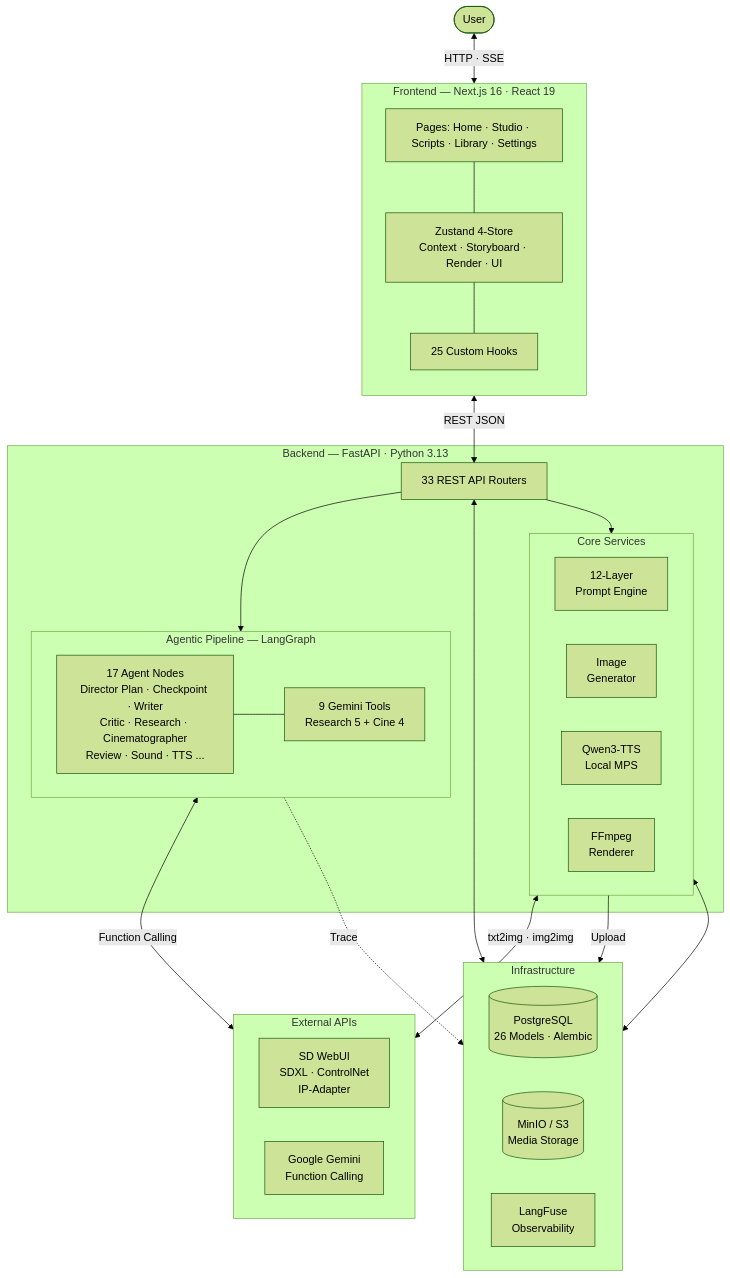
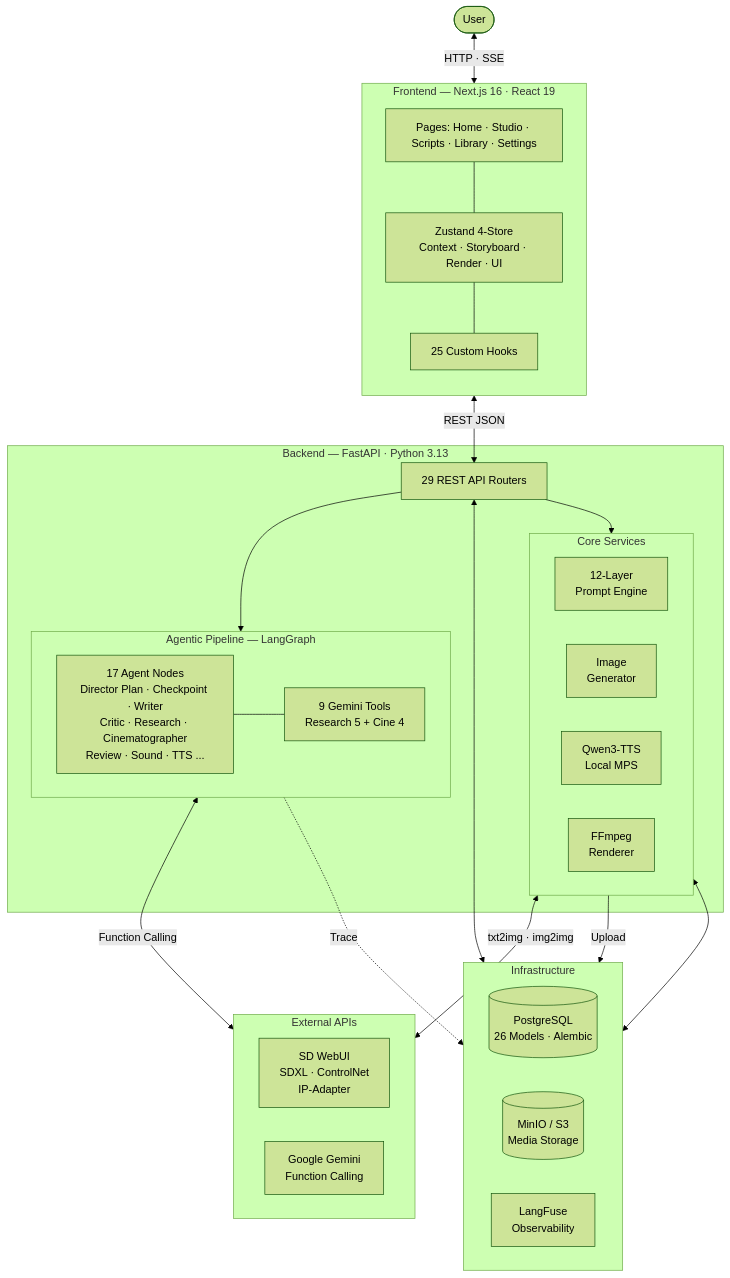
One commit to tomo-playground/sdd-orchestrator changed the first of 2 diagrams in README.md. Above: the diagram before and after it, drawn with Mermaid (forest theme). The commit also changed other lines of this file and 12 other files, not shown here.

````diff
--- a/README.md
+++ b/README.md
@@ -9,57 +9,57 @@
 ```mermaid
 graph TB
     User([User])
 
     subgraph Frontend ["Frontend — Next.js 16 · React 19"]
         direction TB
         Pages["Pages: Home · Studio · Scripts · Library · Settings"]
         Store["Zustand 4-Store<br/>Context · Storyboard · Render · UI"]
         Hooks["25 Custom Hooks"]
         Pages --- Store --- Hooks
     end
 
     subgraph Backend ["Backend — FastAPI · Python 3.13"]
-        API["33 REST API Routers"]
+        API["29 REST API Routers"]
 
         subgraph Pipeline ["Agentic Pipeline — LangGraph"]
             direction LR
             Nodes["17 Agent Nodes<br/>Director Plan · Checkpoint · Writer<br/>Critic · Research · Cinematographer<br/>Review · Sound · TTS ..."]
             Tools["9 Gemini Tools<br/>Research 5 + Cine 4"]
             Nodes --- Tools
         end
 
         subgraph Services ["Core Services"]
             direction LR
             Prompt["12-Layer<br/>Prompt Engine"]
             ImgGen["Image<br/>Generator"]
             TTS["Qwen3-TTS<br/>Local MPS"]
             Render["FFmpeg<br/>Renderer"]
         end
 
         API --> Pipeline
         API --> Services
     end
 
     subgraph Infra ["Infrastructure"]
         direction LR
         DB[("PostgreSQL<br/>26 Models · Alembic")]
         S3[("MinIO / S3<br/>Media Storage")]
         LangFuse["LangFuse<br/>Observability"]
     end
 
     subgraph External ["External APIs"]
         direction LR
         SD["SD WebUI<br/>SDXL · ControlNet<br/>IP-Adapter"]
         Gemini["Google Gemini<br/>Function Calling"]
     end
 
     User <-->|"HTTP · SSE"| Frontend
     Frontend <-->|"REST JSON"| API
 
     Pipeline <-->|"Function Calling"| Gemini
     ImgGen <-->|"txt2img · img2img"| SD
     Render -->|"Upload"| S3
     Pipeline -.->|"Trace"| LangFuse
     API <--> DB
     Services <--> DB
 ```
````
